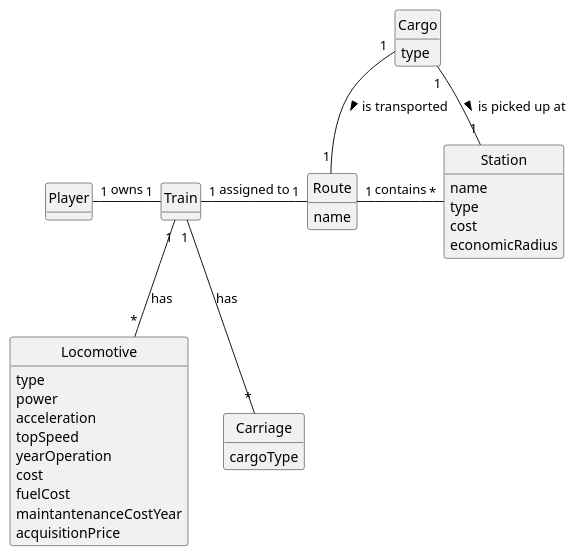
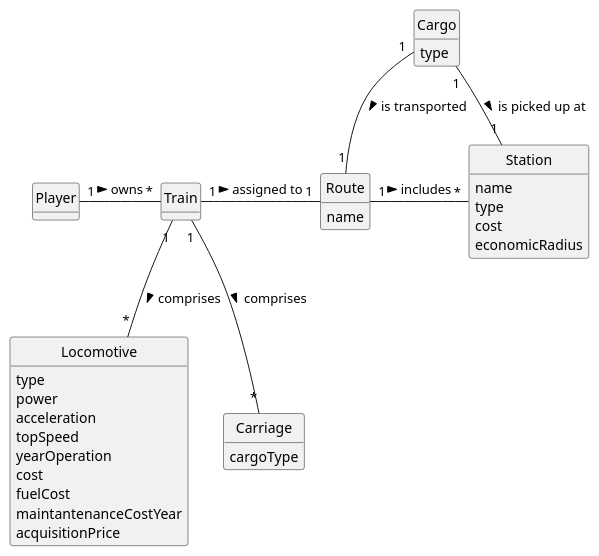
Before and after one commit to bruno-monteiro5/sem2-pi-24.25-g132-repo: the diagram in docs/system-documentation/US010/02.analysis/puml/US010-DM.puml, drawn with PlantUML. The commit also changed 26 other files, not shown here.

```diff
--- a/docs/system-documentation/US010/02.analysis/puml/US010-DM.puml
+++ b/docs/system-documentation/US010/02.analysis/puml/US010-DM.puml
@@ -1,66 +1,62 @@
 @startuml
 skinparam monochrome true
 skinparam packageStyle rectangle
 skinparam shadowing false
 
 'left to right direction
 
 skinparam classAttributeIconSize 0
 
 hide circle
 hide methods
 
 'title Domain Model
 
 class Player {
 }
 
 
 class Train {
 }
 
 class Locomotive {
     type
     power
     acceleration
     topSpeed
     yearOperation
     cost
     fuelCost
     maintantenanceCostYear
     acquisitionPrice
 }
 
 class Carriage {
     cargoType
 }
 
 class Route {
     name
 }
 
 class Station {
     name
     type
     cost
     economicRadius
 }
 
 class Cargo {
     type
 }
 
 
-Player "1" - "1" Train : owns
-Train "1" -- "*" Locomotive: has
-Train "1" -- "*" Carriage: has
-Train "1" - "1" Route: assigned to
-Route "1" - "*" Station: contains
+Player "1" - "*" Train : owns >
+Train "1" -- "*" Locomotive: comprises >
+Train "1" -- "*" Carriage: comprises >
+Train "1" - "1" Route: assigned to >
+Route "1" - "*" Station: includes >
 Cargo "1" - "1" Station: is picked up at >
 Cargo "1" -- "1" Route: is transported >
 
-
-
-
-
 @enduml
```
